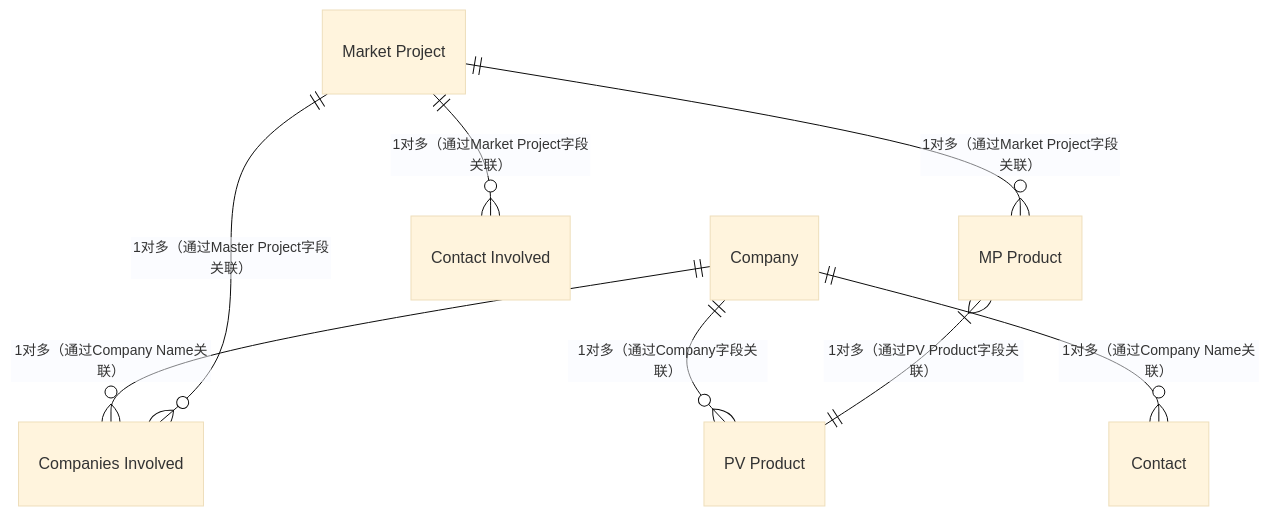
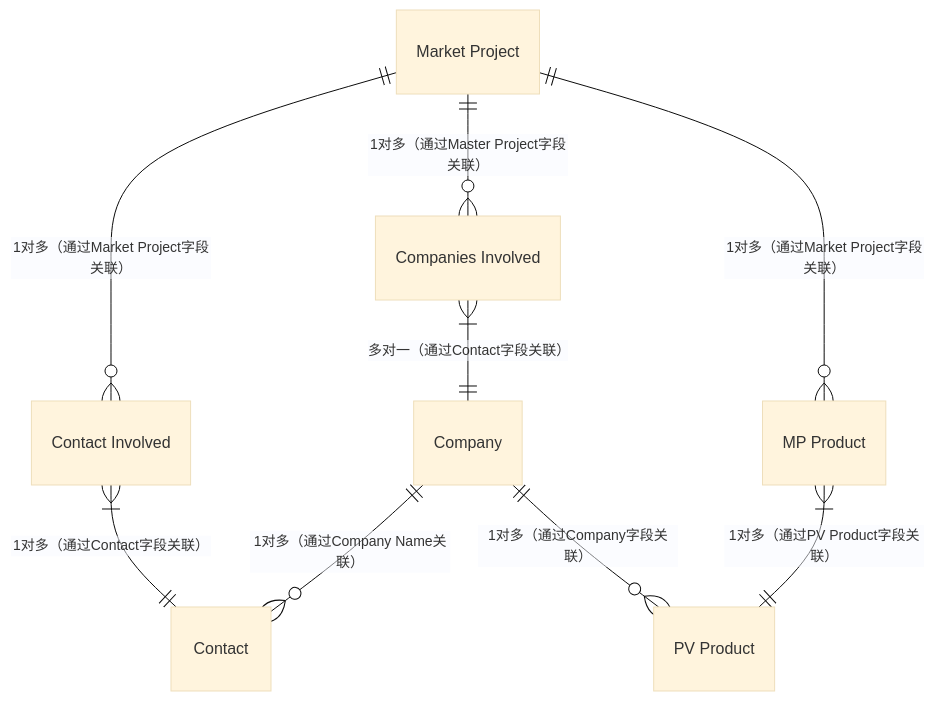
The diagram in all/Norden数据E-R图(7个对象，+contact).md (zhangziru-33/iodraw-files), drawn with Mermaid (base theme) before and after one commit.

Commit message:
2025-12-04 14:55:33 update

````diff
--- a/all/Norden数据E-R图(7个对象，+contact).md
+++ b/all/Norden数据E-R图(7个对象，+contact).md
@@ -1,20 +1,20 @@
 ```mermaid
 erDiagram
     
     
     Company ||--o{ "PV Product" : "1对多（通过Company字段关联）"
     
     "Market Project" ||--o{ "Contact Involved" : "1对多（通过Market Project字段关联）"
-    %% "Contact Involved" }|--|| "Contact" : "1对多（通过Contact字段关联）"
+    "Contact Involved" }|--|| "Contact" : "1对多（通过Contact字段关联）"
     %% Contact ||--o{ "Conatct Involved" : "1对多（通过Conatct字段关联）"
     Company ||--o{ "Contact" : "1对多（通过Company Name关联）"
-    Company ||--o{ "Companies Involved" : "1对多（通过Company Name关联）"
-    %% "Companies Involved" }|--|| "Company" : "多对一（通过Contact字段关联）"
+    %% Company ||--o{ "Companies Involved" : "1对多（通过Company Name关联）"
+    "Companies Involved" }|--|| "Company" : "多对一（通过Contact字段关联）"
     "Market Project" ||--o{ "Companies Involved" : "1对多（通过Master Project字段关联）"
     
 
     "Market Project" ||--o{ "MP Product" : "1对多（通过Market Project字段关联）"
     "MP Product" }|--|| "PV Product" : "1对多（通过PV Product字段关联）"
    
     
 ```
````
